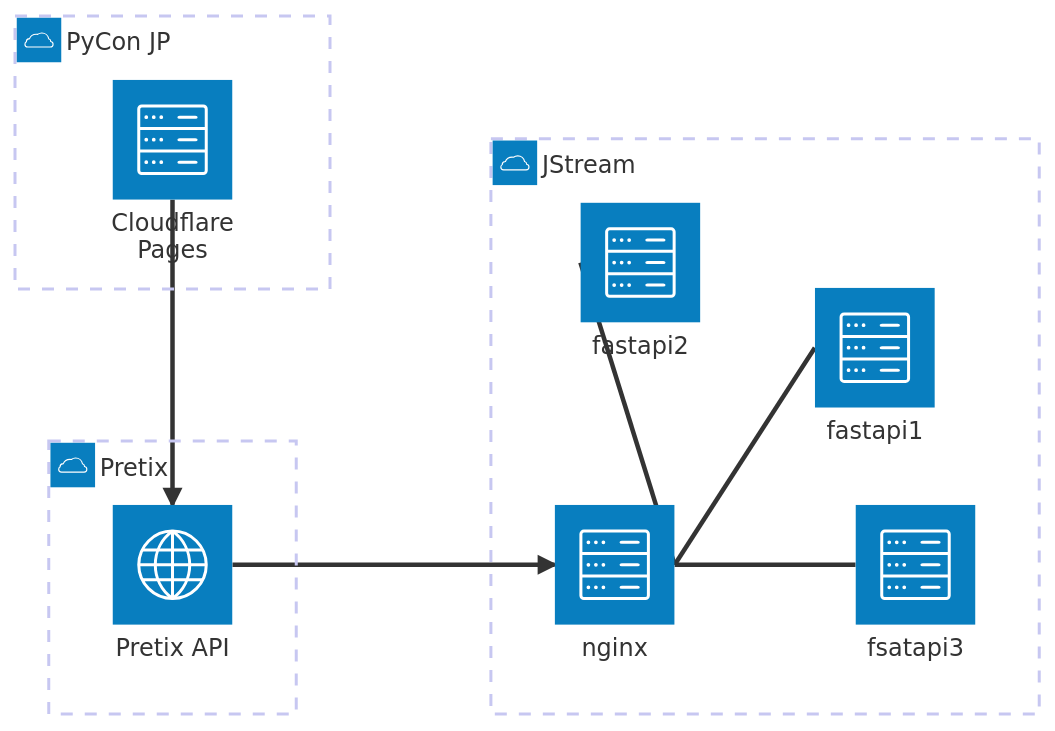
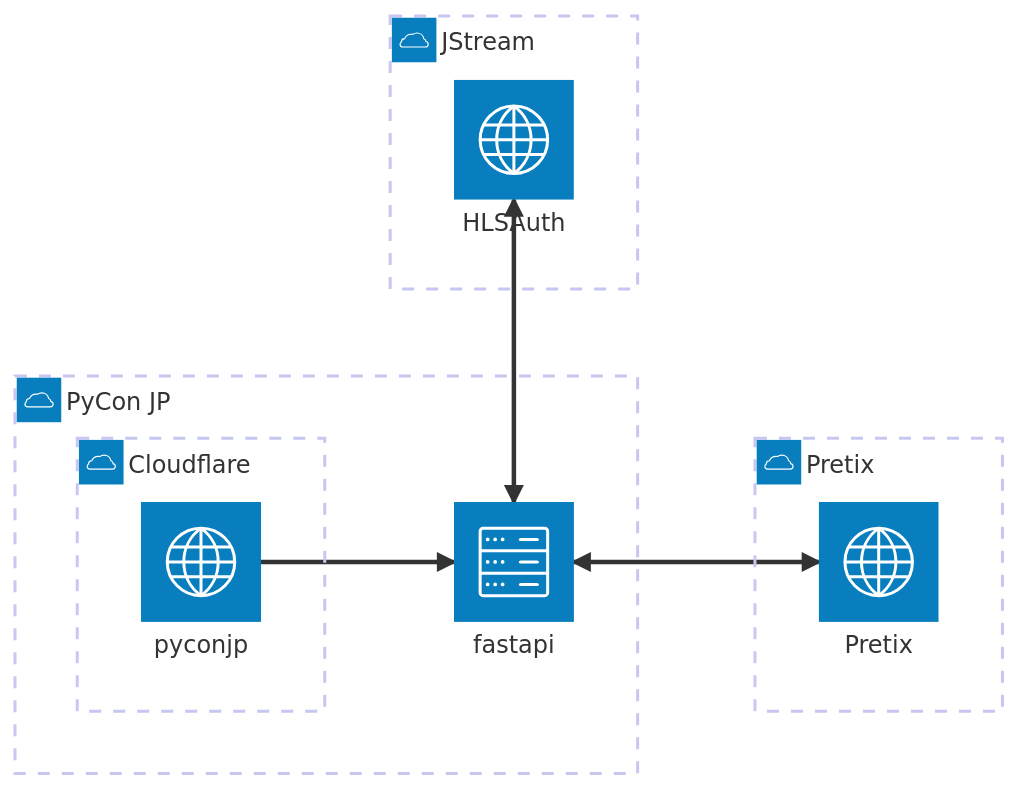
The second of 2 diagrams in README.md (takashi74/key_ticket_system), drawn with Mermaid before and after one commit.

````diff
--- a/README.md
+++ b/README.md
@@ -130,19 +130,16 @@
 ```mermaid
 architecture-beta
+    group pretix(cloud)[Pretix]
     group pyconjp(cloud)[PyCon JP]
+    group cloudflare(cloud)[Cloudflare] in pyconjp
     group jstream(cloud)[JStream]
-    group pretix(cloud)[Pretix]
 
-    service web(server)[Cloudflare Pages] in pyconjp
-    service server(server)[nginx] in jstream
-    service server1(server)[fastapi1] in jstream
-    service server2(server)[fastapi2] in jstream
-    service server3(server)[fsatapi3] in jstream
-    service db(internet)[Pretix API] in pretix
+    service web(internet)[pyconjp] in cloudflare
+    service fastapi(server)[fastapi] in pyconjp
+    service user(internet)[Pretix] in pretix
+    service stream(internet)[HLSAuth] in jstream
 
-    web:B --> T:db
-    db:R --> L:server
-    server:R -- L:server1
-    server:R -- L:server2
-    server:R -- L:server3
+    web:R --> L:fastapi
+    fastapi:R <--> L:user
+    fastapi:T <--> B:stream
 ```
````
